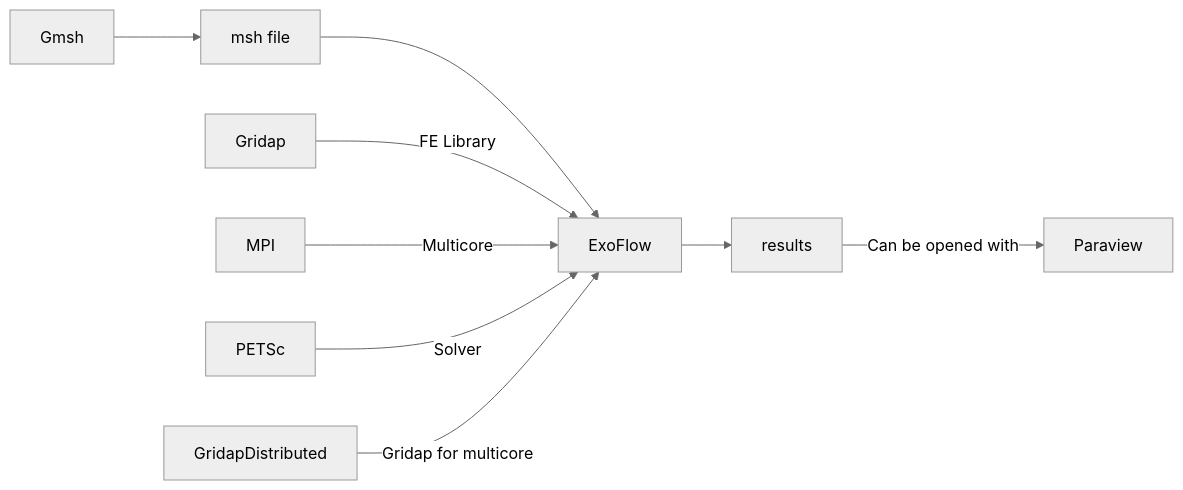
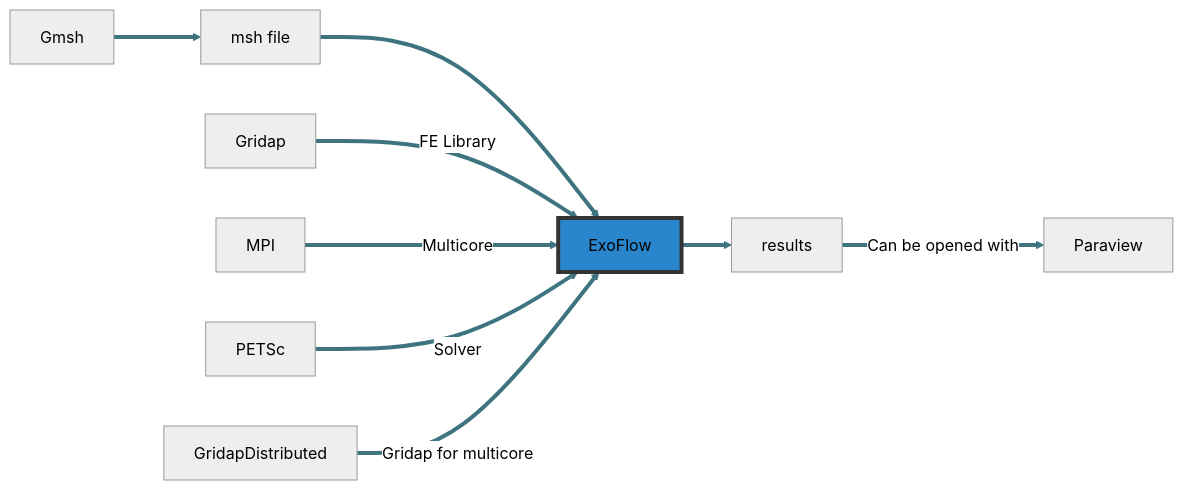
Before and after one commit to carlodev/Presentations: the diagram in PhD_proposal/Main.qmd, drawn with Mermaid (neutral theme). The commit also changed other lines of this file and 2 other files, not shown here.

````diff
--- a/PhD_proposal/Main.qmd
+++ b/PhD_proposal/Main.qmd
@@ -85,13 +102,17 @@
 ```{mermaid}
 flowchart LR
 A[Gmsh] --> B[msh file]
 B[msh file] --> C[ExoFlow]
 D[Gridap] -- FE Library  --> C[ExoFlow]
 I[MPI] -- Multicore --> C[GridapDistributed]
 E[PETSc] -- Solver --> C[ExoFlow]
 F[GridapDistributed]-- Gridap for multicore --> C[ExoFlow]
 C[ExoFlow] --> G[results]
 -- Can be opened with --> H[Paraview]
 click C "https://github.com/carlodev/ExoFlow"
 click C href "https://github.com/carlodev/ExoFlow"
+
+linkStyle 0,1,2,3,4,5,6,7 stroke:#3e747f, stroke-width:4px,color:black;
+classDef norm fill:#c5d5d8, stroke-width:0px;
+style C fill:#2986CC,stroke:#333,stroke-width:4px
 ```
````
